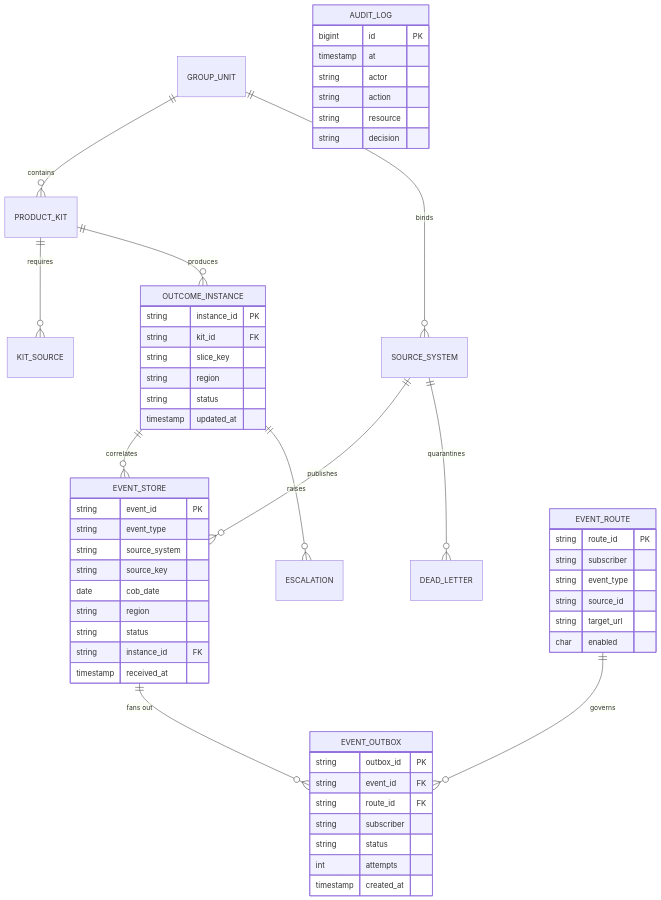
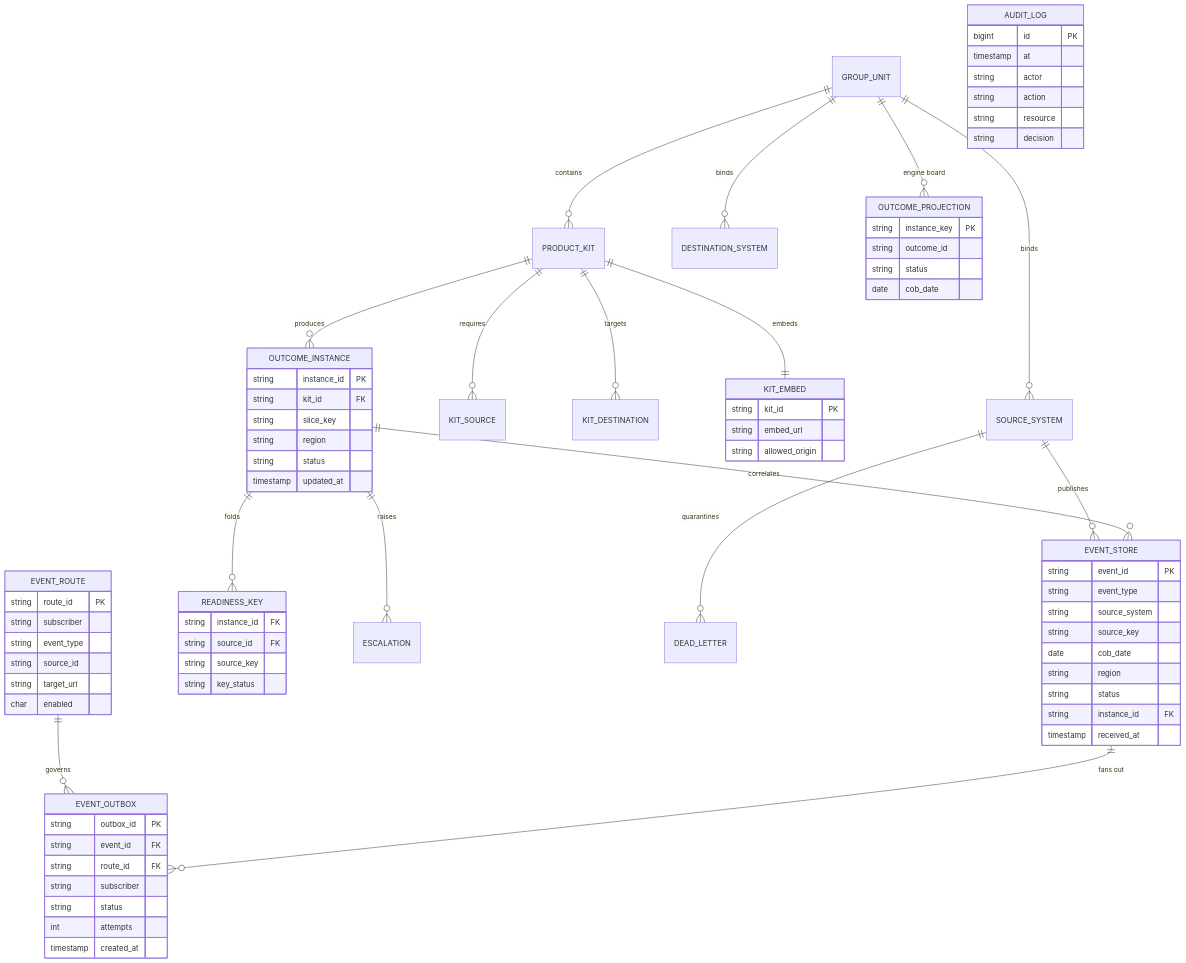
Before and after one commit to praveen2025work/onefinuxdemo: the diagram in docs/exec/diagrams/04-data-model.mmd, drawn with Mermaid. The commit also changed 16 other files, not shown here.

First line of the commit message:
docs(exec): refresh architecture diagrams for the as-built product

```diff
--- a/docs/exec/diagrams/04-data-model.mmd
+++ b/docs/exec/diagrams/04-data-model.mmd
@@ -1,56 +1,78 @@
 erDiagram
   GROUP_UNIT ||--o{ PRODUCT_KIT : "contains"
   GROUP_UNIT ||--o{ SOURCE_SYSTEM : "binds"
+  GROUP_UNIT ||--o{ DESTINATION_SYSTEM : "binds"
   PRODUCT_KIT ||--o{ KIT_SOURCE : "requires"
+  PRODUCT_KIT ||--o{ KIT_DESTINATION : "targets"
+  PRODUCT_KIT ||--|| KIT_EMBED : "embeds"
   PRODUCT_KIT ||--o{ OUTCOME_INSTANCE : "produces"
   SOURCE_SYSTEM ||--o{ EVENT_STORE : "publishes"
   OUTCOME_INSTANCE ||--o{ EVENT_STORE : "correlates"
+  OUTCOME_INSTANCE ||--o{ READINESS_KEY : "folds"
   OUTCOME_INSTANCE ||--o{ ESCALATION : "raises"
   SOURCE_SYSTEM ||--o{ DEAD_LETTER : "quarantines"
   EVENT_ROUTE ||--o{ EVENT_OUTBOX : "governs"
   EVENT_STORE ||--o{ EVENT_OUTBOX : "fans out"
+  GROUP_UNIT ||--o{ OUTCOME_PROJECTION : "engine board"
 
   EVENT_STORE {
     string event_id PK
     string event_type
     string source_system
     string source_key
     date   cob_date
     string region
     string status
     string instance_id FK
     timestamp received_at
   }
   OUTCOME_INSTANCE {
     string instance_id PK
     string kit_id FK
     string slice_key
     string region
     string status
     timestamp updated_at
+  }
+  READINESS_KEY {
+    string instance_id FK
+    string source_id FK
+    string source_key
+    string key_status
+  }
+  KIT_EMBED {
+    string kit_id PK
+    string embed_url
+    string allowed_origin
+  }
+  OUTCOME_PROJECTION {
+    string instance_key PK
+    string outcome_id
+    string status
+    date   cob_date
   }
   EVENT_ROUTE {
     string route_id PK
     string subscriber
     string event_type
     string source_id
     string target_url
     char   enabled
   }
   EVENT_OUTBOX {
     string outbox_id PK
     string event_id FK
     string route_id FK
     string subscriber
     string status
     int    attempts
     timestamp created_at
   }
   AUDIT_LOG {
     bigint id PK
     timestamp at
     string actor
     string action
     string resource
     string decision
   }
```
